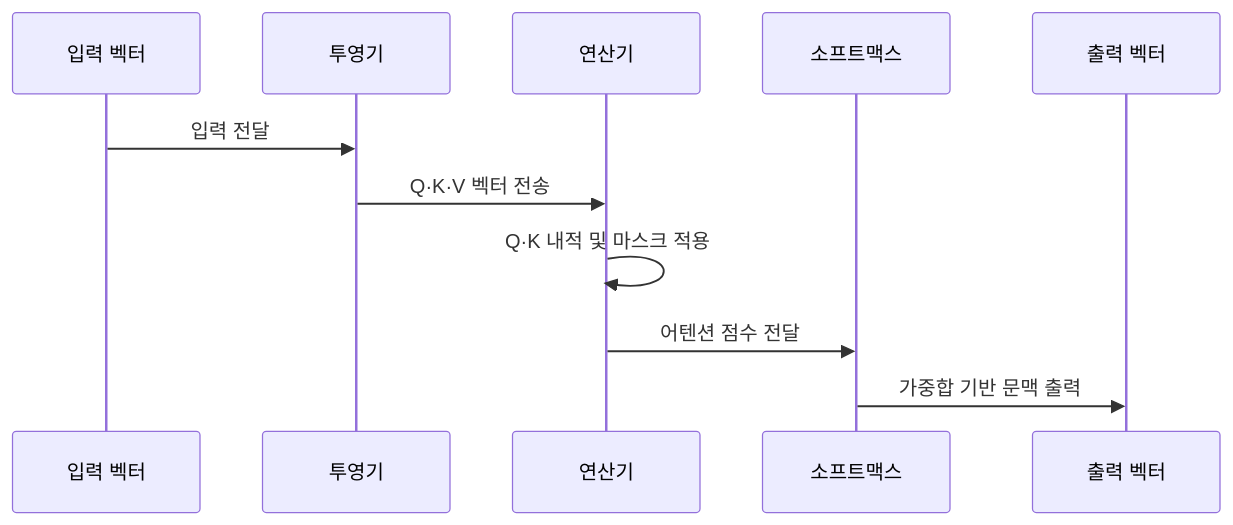
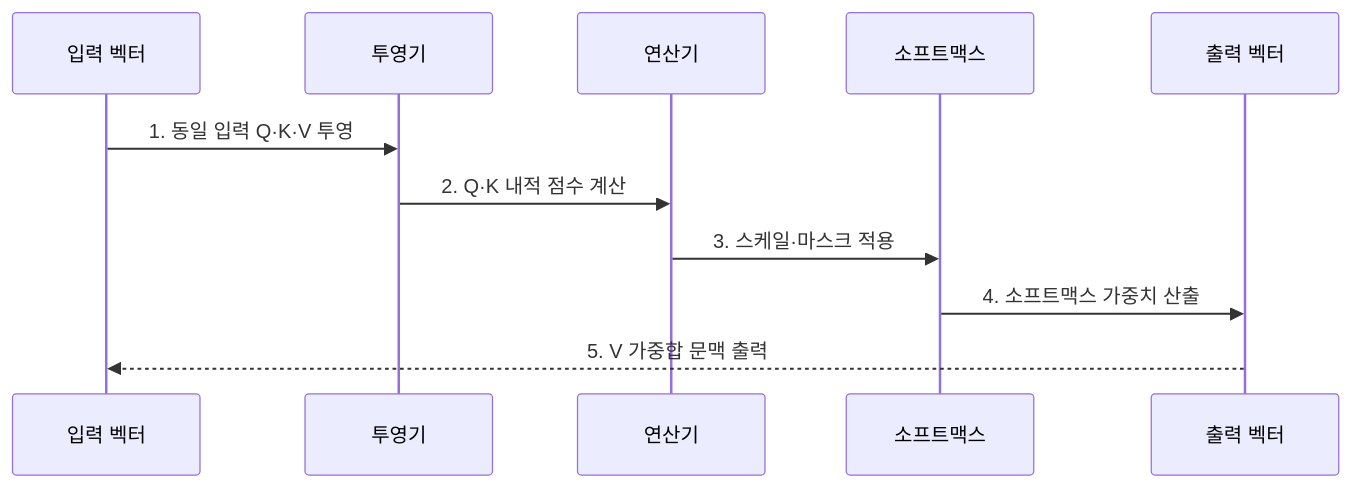
Before and after one commit to agnusdei1207/knowledge-base: the second of 2 diagrams in src/content/docs/notes/08-latest-tech/028_self_attention.md, drawn with Mermaid. The commit also changed other lines of this file and 26 other files, not shown here.

````diff
--- a/src/content/docs/notes/08-latest-tech/028_self_attention.md
+++ b/src/content/docs/notes/08-latest-tech/028_self_attention.md
@@ -75,13 +74,13 @@
 ```mermaid
 sequenceDiagram
     participant I as 입력 벡터
     participant P as 투영기
     participant A as 연산기
     participant S as 소프트맥스
     participant O as 출력 벡터
-    I->>P: 입력 전달
-    P->>A: Q·K·V 벡터 전송
-    A->>A: Q·K 내적 및 마스크 적용
-    A->>S: 어텐션 점수 전달
-    S->>O: 가중합 기반 문맥 출력
+    I->>P: 1. 동일 입력 Q·K·V 투영
+    P->>A: 2. Q·K 내적 점수 계산
+    A->>S: 3. 스케일·마스크 적용
+    S->>O: 4. 소프트맥스 가중치 산출
+    O-->>I: 5. V 가중합 문맥 출력
 ```
````
